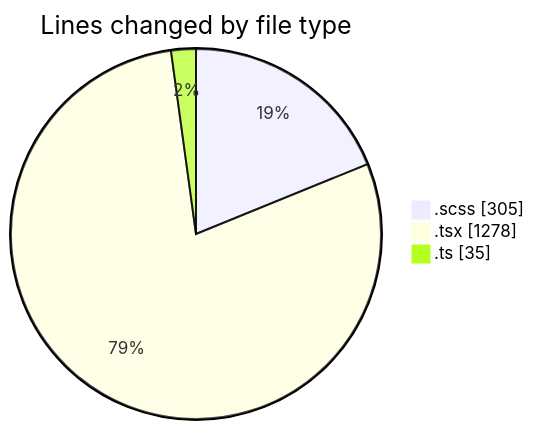
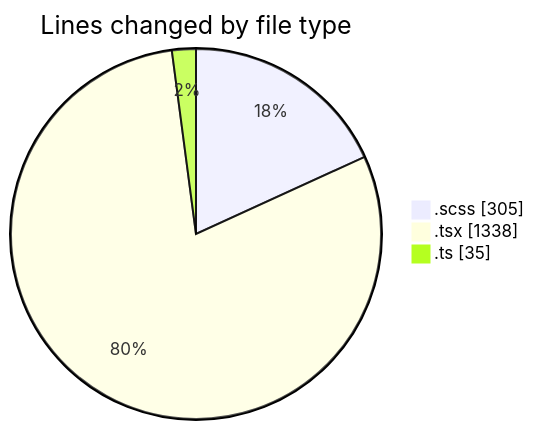
Before and after one commit to momahboobian/code-tracking: the first of 2 diagrams in 2025-03-04/cda/README.md, drawn with Mermaid. The commit also changed other lines of this file and 1 other file, not shown here.

````diff
--- a/2025-03-04/cda/README.md
+++ b/2025-03-04/cda/README.md
@@ -29,7 +31,7 @@
 ```mermaid
 pie showData
 title Lines changed by file type
 ".scss" : 305
-".tsx" : 1278
+".tsx" : 1338
 ".ts" : 35
 ```
````
